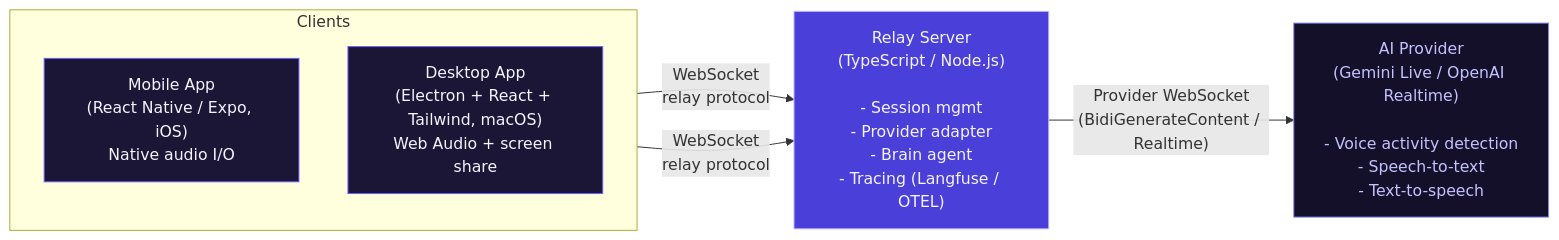
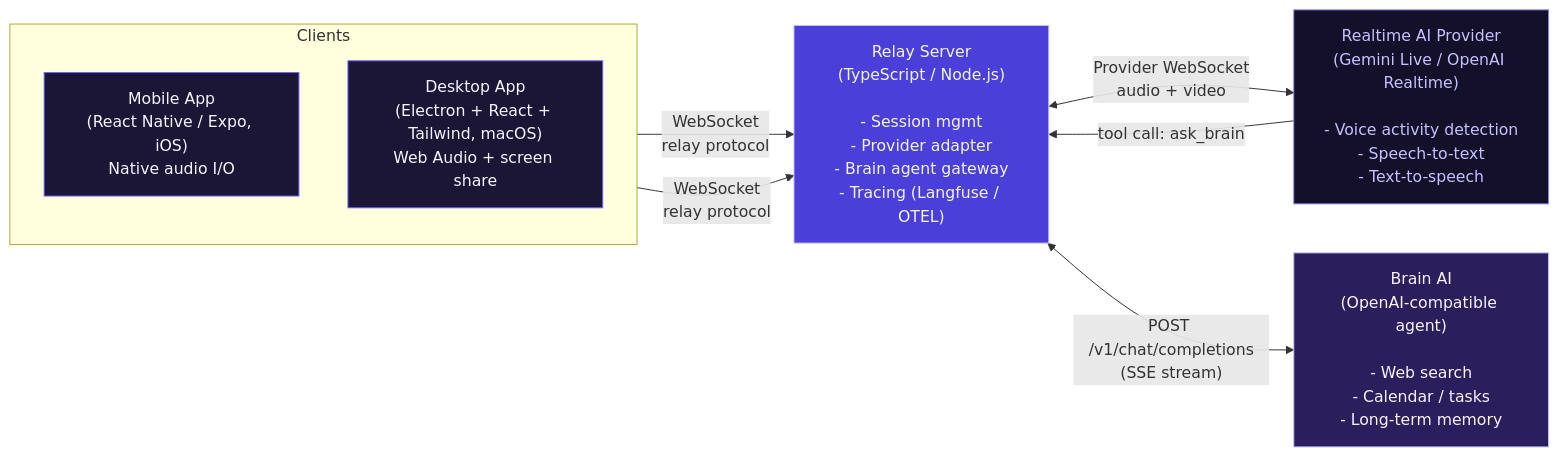
Before and after one commit to yagudaev/voiceclaw: the first of 3 diagrams in docs/src/content/docs/architecture.mdx, drawn with Mermaid. The commit also changed other lines of this file and 2 other files, not shown here.

First line of the commit message:
docs: add Brain AI to diagrams and clarify Realtime AI Provider

````diff
--- a/docs/src/content/docs/architecture.mdx
+++ b/docs/src/content/docs/architecture.mdx
@@ -12,23 +12,29 @@
 ```mermaid
 flowchart LR
     subgraph Clients["Clients"]
       direction TB
       Mobile["Mobile App<br/>(React Native / Expo, iOS)<br/>Native audio I/O"]
       Desktop["Desktop App<br/>(Electron + React + Tailwind, macOS)<br/>Web Audio + screen share"]
     end
 
-    Relay["Relay Server<br/>(TypeScript / Node.js)<br/><br/>- Session mgmt<br/>- Provider adapter<br/>- Brain agent<br/>- Tracing (Langfuse / OTEL)"]
+    Relay["Relay Server<br/>(TypeScript / Node.js)<br/><br/>- Session mgmt<br/>- Provider adapter<br/>- Brain agent gateway<br/>- Tracing (Langfuse / OTEL)"]
 
-    Provider["AI Provider<br/>(Gemini Live / OpenAI Realtime)<br/><br/>- Voice activity detection<br/>- Speech-to-text<br/>- Text-to-speech"]
+    Provider["Realtime AI Provider<br/>(Gemini Live / OpenAI Realtime)<br/><br/>- Voice activity detection<br/>- Speech-to-text<br/>- Text-to-speech"]
+
+    Brain["Brain AI<br/>(OpenAI-compatible agent)<br/><br/>- Web search<br/>- Calendar / tasks<br/>- Long-term memory"]
 
     Mobile -- "WebSocket<br/>relay protocol" --> Relay
     Desktop -- "WebSocket<br/>relay protocol" --> Relay
-    Relay -- "Provider WebSocket<br/>(BidiGenerateContent / Realtime)" --> Provider
+    Relay <-- "Provider WebSocket<br/>audio + video" --> Provider
+    Provider -- "tool call: ask_brain" --> Relay
+    Relay <-- "POST /v1/chat/completions<br/>(SSE stream)" --> Brain
 
     classDef clientStyle fill:#1c1636,stroke:#6c63ff,color:#f5f3ff
     classDef relayStyle fill:#4a3fd9,stroke:#c4c1ff,color:#f5f3ff
     classDef providerStyle fill:#14102a,stroke:#8b84ff,color:#c4c1ff
+    classDef brainStyle fill:#2a1f5c,stroke:#c4c1ff,color:#f5f3ff
     class Mobile,Desktop clientStyle
     class Relay relayStyle
     class Provider providerStyle
+    class Brain brainStyle
 ```
````
